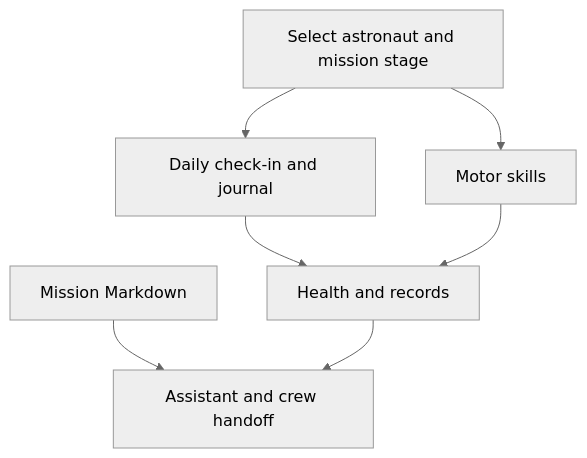
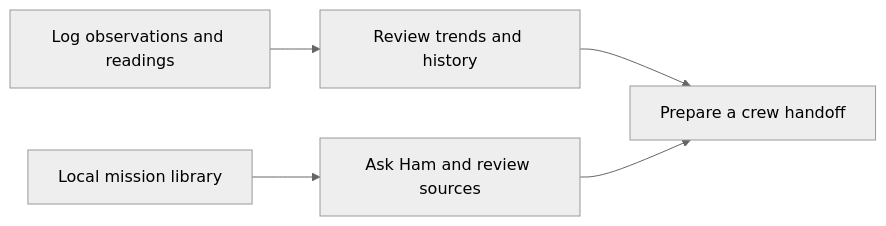
Before and after one commit to nxczmain/NOMAD_Health_Project: the diagram in README.md, drawn with Mermaid (neutral theme). The commit also changed other lines of this file, not shown here.

````diff
--- a/README.md
+++ b/README.md
@@ -23,9 +26,7 @@
 ```mermaid
-flowchart TD
-    A["Select astronaut and mission stage"] --> B["Daily check-in and journal"]
-    A --> C["Motor skills"]
-    B --> D["Health and records"]
-    C --> D
-    E["Mission Markdown"] --> F["Assistant and crew handoff"]
-    D --> F
+flowchart LR
+    A["Log observations and readings"] --> B["Review trends and history"]
+    B --> C["Prepare a crew handoff"]
+    D["Local mission library"] --> E["Ask Ham and review sources"]
+    E --> C
 ```
````
